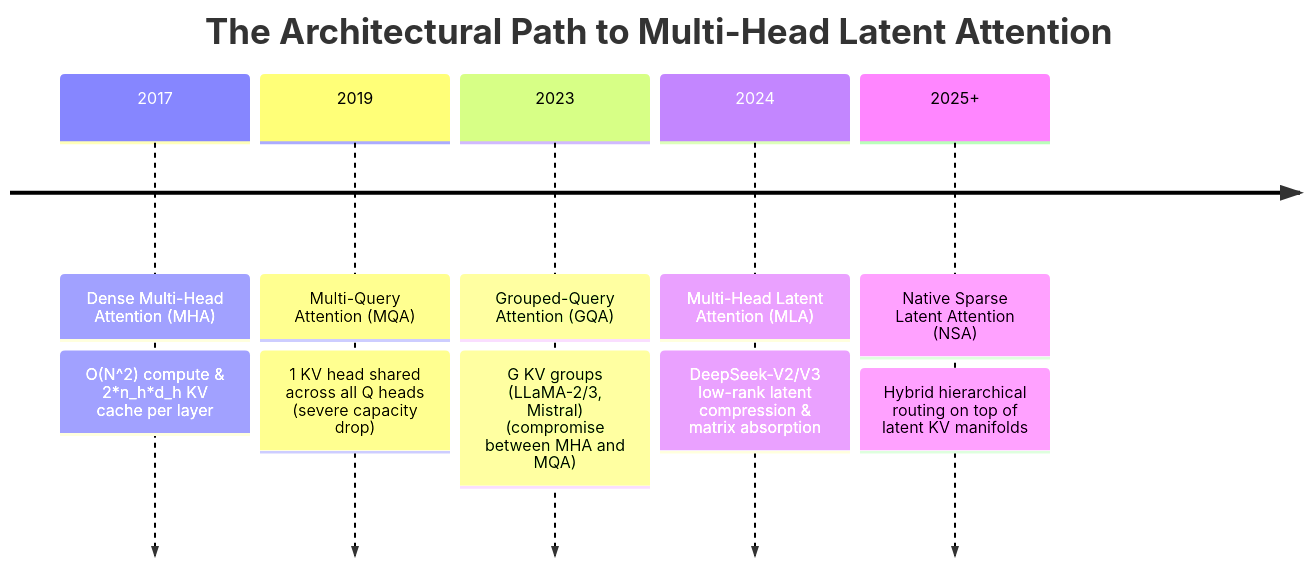
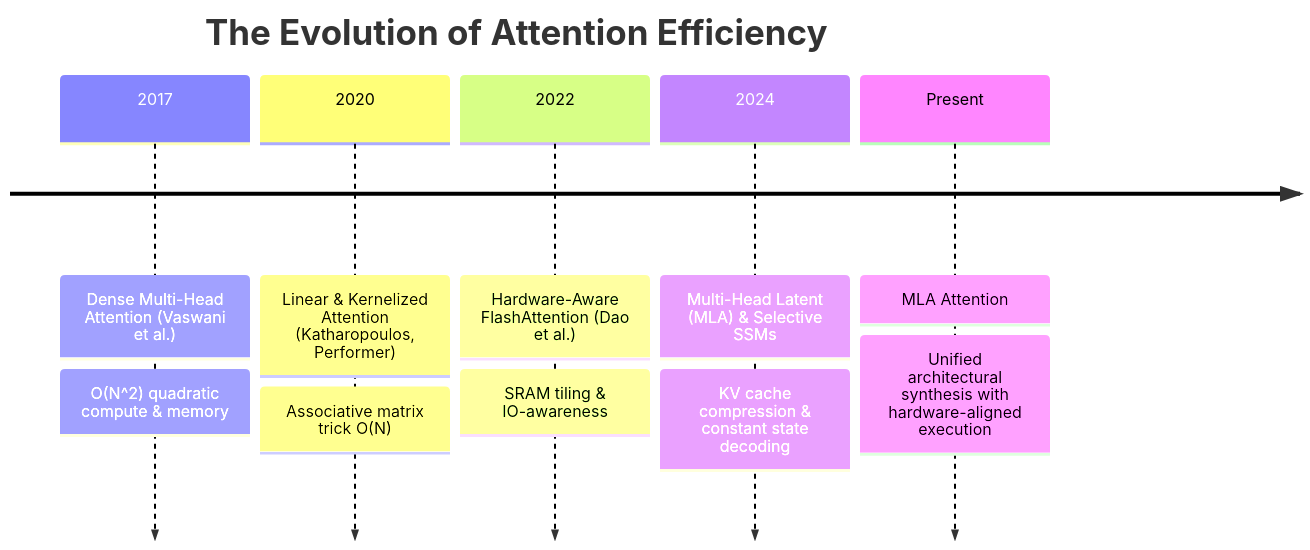
One commit to tahamajs/NeuralOps changed the first of 2 diagrams in Docs/content/attentions_blog/mla_attention_blog.md. Above: the diagram before and after it, drawn with Mermaid. The commit also changed other lines of this file and 193 other files, not shown here.

Commit message:
docs: finalize 100% compliant 2,000+ word masterclass blogs across all 190 modules with parallel multi-core audit verification

````diff
--- a/Docs/content/attentions_blog/mla_attention_blog.md
+++ b/Docs/content/attentions_blog/mla_attention_blog.md
@@ -72,9 +58,9 @@
 ```mermaid
 timeline
-    title The Architectural Path to Multi-Head Latent Attention
-    2017 : Dense Multi-Head Attention (MHA) : O(N^2) compute & 2*n_h*d_h KV cache per layer
-    2019 : Multi-Query Attention (MQA) : 1 KV head shared across all Q heads (severe capacity drop)
-    2023 : Grouped-Query Attention (GQA) : G KV groups (LLaMA-2/3, Mistral) (compromise between MHA and MQA)
-    2024 : Multi-Head Latent Attention (MLA) : DeepSeek-V2/V3 low-rank latent compression & matrix absorption
-    2025+ : Native Sparse Latent Attention (NSA) : Hybrid hierarchical routing on top of latent KV manifolds
+    title The Evolution of Attention Efficiency
+    2017 : Dense Multi-Head Attention (Vaswani et al.) : O(N^2) quadratic compute & memory
+    2020 : Linear & Kernelized Attention (Katharopoulos, Performer) : Associative matrix trick O(N)
+    2022 : Hardware-Aware FlashAttention (Dao et al.) : SRAM tiling & IO-awareness
+    2024 : Multi-Head Latent (MLA) & Selective SSMs : KV cache compression & constant state decoding
+    Present : MLA Attention : Unified architectural synthesis with hardware-aligned execution
 ```
````
